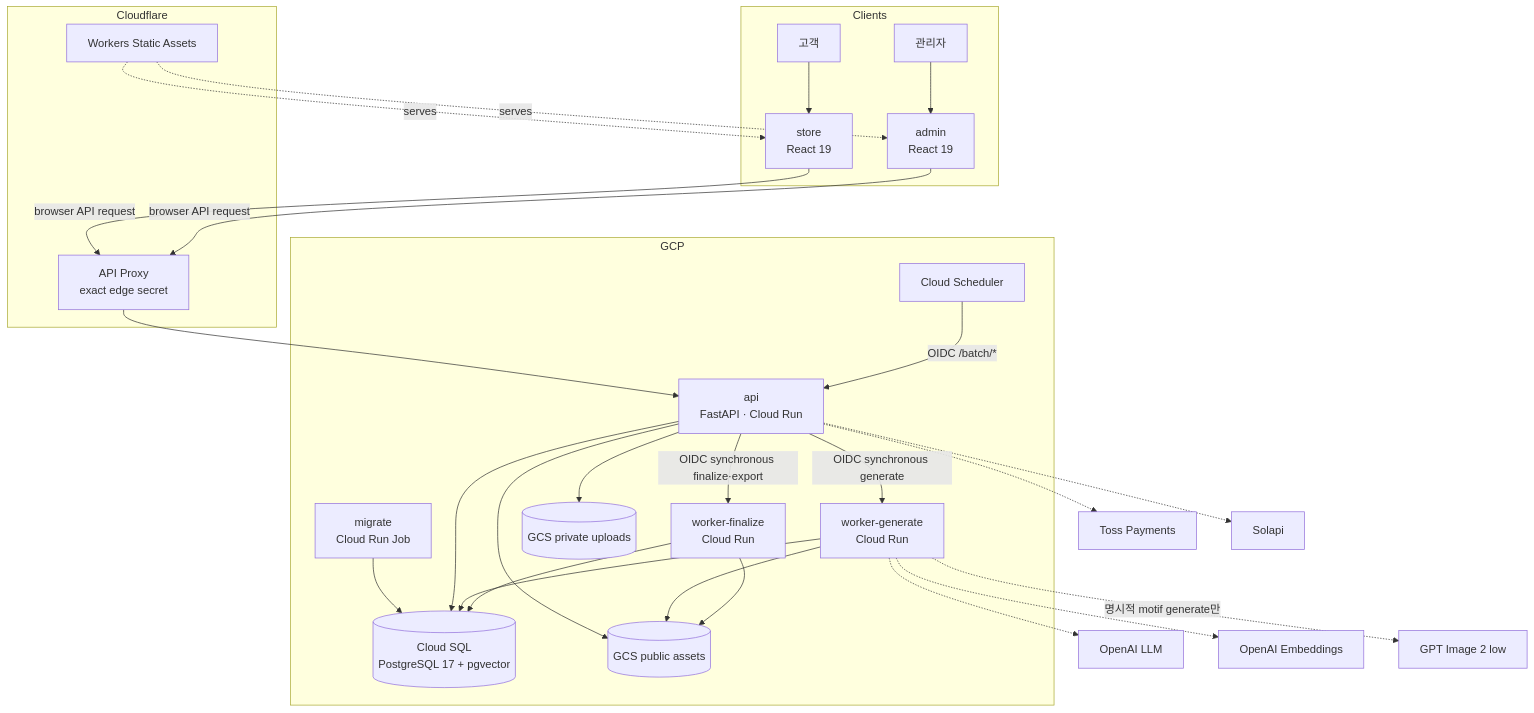
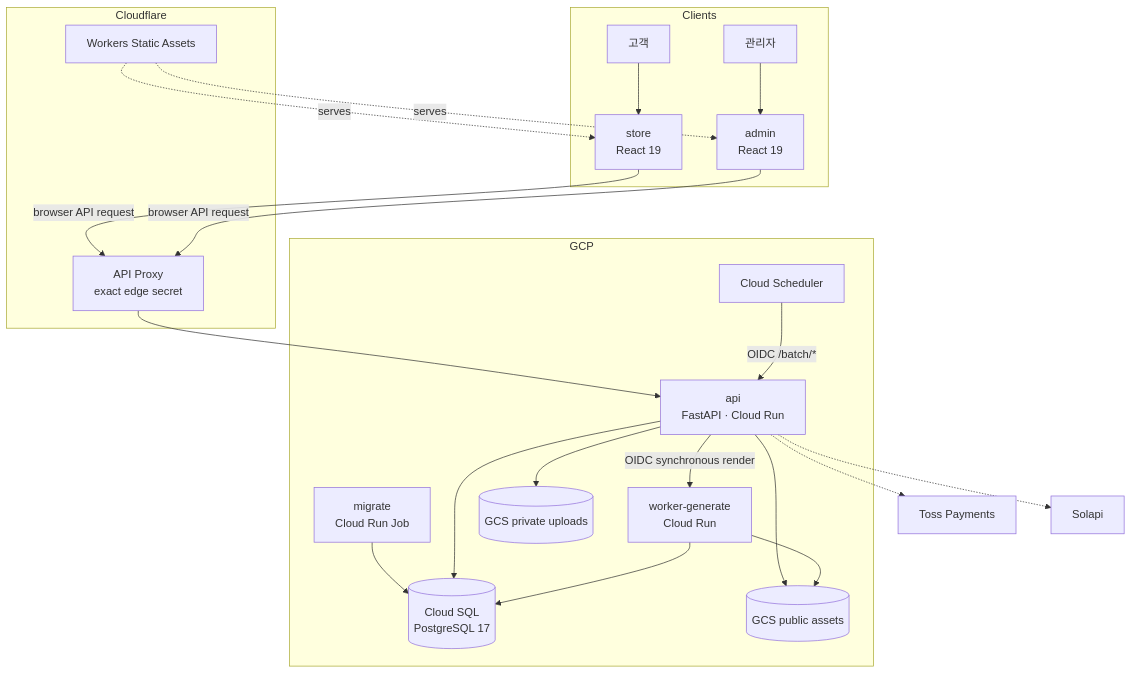
One commit to Bongseop-Kim/essesion changed the first of 3 diagrams in ARCHITECTURE.md. Above: the diagram before and after it, drawn with Mermaid. The commit also changed other lines of this file and 476 other files, not shown here.

````diff
--- a/ARCHITECTURE.md
+++ b/ARCHITECTURE.md
@@ -57,50 +56,43 @@
 ```mermaid
 flowchart TB
     subgraph Clients
         Customer[고객]
         Operator[관리자]
         Store[store<br/>React 19]
         Admin[admin<br/>React 19]
         Customer --> Store
         Operator --> Admin
     end
 
     subgraph Cloudflare
         Static[Workers Static Assets]
         Proxy[API Proxy<br/>exact edge secret]
         Static -. serves .-> Store
         Static -. serves .-> Admin
         Store -->|browser API request| Proxy
         Admin -->|browser API request| Proxy
     end
 
     subgraph GCP
         API[api<br/>FastAPI · Cloud Run]
         Generate[worker-generate<br/>Cloud Run]
-        Finalize[worker-finalize<br/>Cloud Run]
         Scheduler[Cloud Scheduler]
         Migrate[migrate<br/>Cloud Run Job]
-        SQL[(Cloud SQL<br/>PostgreSQL 17 + pgvector)]
+        SQL[(Cloud SQL<br/>PostgreSQL 17)]
         Assets[(GCS public assets)]
         Uploads[(GCS private uploads)]
 
         Proxy --> API
-        API -->|OIDC synchronous generate| Generate
-        API -->|OIDC synchronous finalize·export| Finalize
+        API -->|OIDC synchronous render| Generate
         Scheduler -->|OIDC /batch/*| API
         Migrate --> SQL
         API --> SQL
         Generate --> SQL
-        Finalize --> SQL
         API --> Assets
         API --> Uploads
         Generate --> Assets
-        Finalize --> Assets
     end
 
-    Generate -.-> LLM[OpenAI LLM]
-    Generate -.-> Embedding[OpenAI Embeddings]
-    Generate -.->|명시적 motif generate만| GPTImage[GPT Image 2 low]
     API -.-> Toss[Toss Payments]
     API -.-> Solapi[Solapi]
 ```
````
